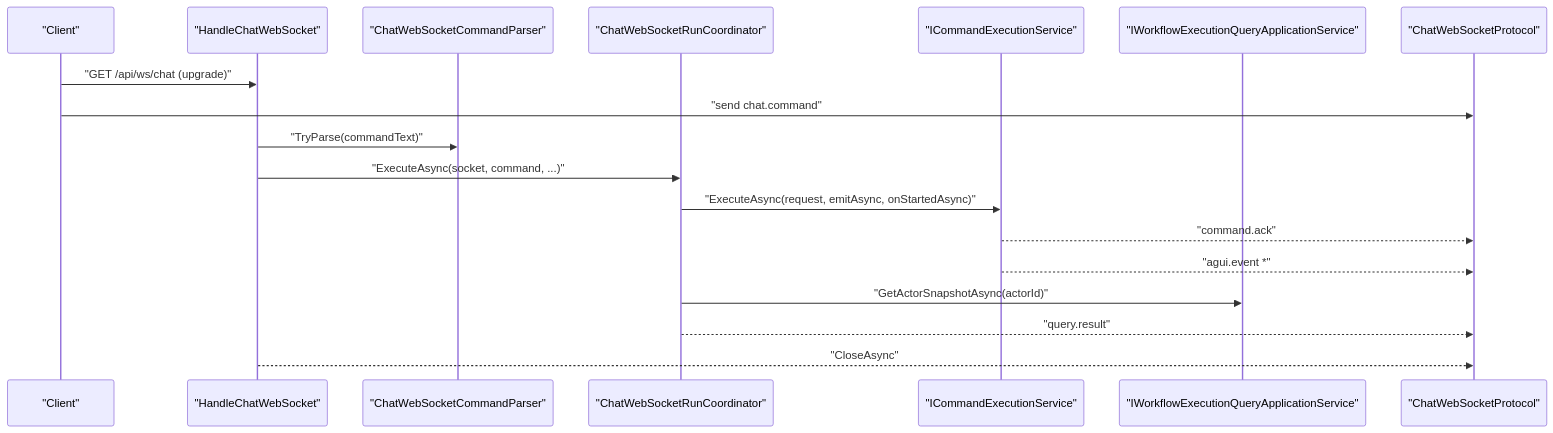
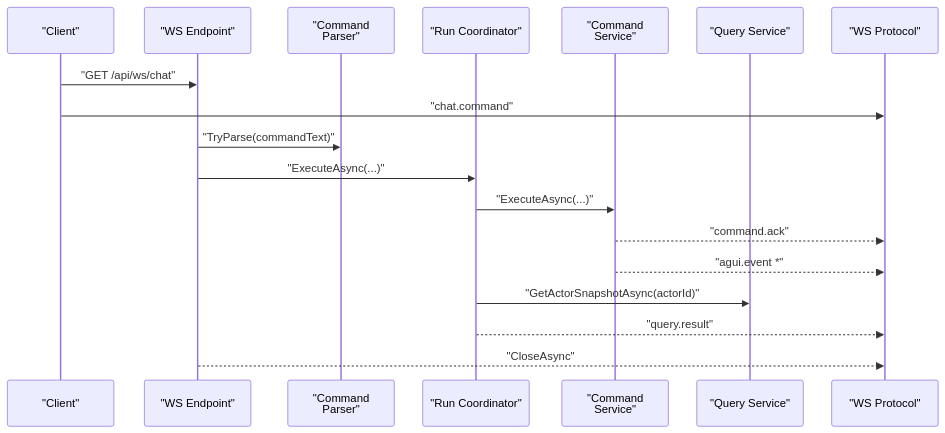
Before and after one commit to aevatarAI/aevatar: the third of 5 diagrams in docs/WORKFLOW_LLM_STREAMING_ARCHITECTURE.md, drawn with Mermaid. The commit also changed other lines of this file and 1 other file, not shown here.

First line of the commit message:
Enhance Mermaid diagram handling and layout in documentation

````diff
--- a/docs/WORKFLOW_LLM_STREAMING_ARCHITECTURE.md
+++ b/docs/WORKFLOW_LLM_STREAMING_ARCHITECTURE.md
@@ -133,22 +153,22 @@
 ```mermaid
-%%{init: {"maxTextSize": 100000, "flowchart": {"useMaxWidth": false, "nodeSpacing": 10, "rankSpacing": 50}, "themeVariables": {"fontSize": "10px"}}}%%
+%%{init: {"maxTextSize": 100000, "flowchart": {"useMaxWidth": false, "nodeSpacing": 10, "rankSpacing": 50}, "themeVariables": {"fontSize": "10px"}, "sequence": {"useMaxWidth": false, "actorFontSize": 10, "messageFontSize": 10, "noteFontSize": 10, "actorMargin": 40, "messageMargin": 12, "diagramMarginX": 16, "diagramMarginY": 16, "wrap": true}}}%%
 sequenceDiagram
     participant CL as "Client"
-    participant API as "HandleChatWebSocket"
-    participant PRS as "ChatWebSocketCommandParser"
-    participant RUN as "ChatWebSocketRunCoordinator"
-    participant CMD as "ICommandExecutionService"
-    participant QRY as "IWorkflowExecutionQueryApplicationService"
-    participant WS as "ChatWebSocketProtocol"
+    participant API as "WS Endpoint"
+    participant PRS as "Command Parser"
+    participant RUN as "Run Coordinator"
+    participant CMD as "Command Service"
+    participant QRY as "Query Service"
+    participant WS as "WS Protocol"
 
-    CL->>API: "GET /api/ws/chat (upgrade)"
-    CL->>WS: "send chat.command"
+    CL->>API: "GET /api/ws/chat"
+    CL->>WS: "chat.command"
     API->>PRS: "TryParse(commandText)"
-    API->>RUN: "ExecuteAsync(socket, command, ...)"
-    RUN->>CMD: "ExecuteAsync(request, emitAsync, onStartedAsync)"
+    API->>RUN: "ExecuteAsync(...)"
+    RUN->>CMD: "ExecuteAsync(...)"
     CMD-->>WS: "command.ack"
     CMD-->>WS: "agui.event *"
     RUN->>QRY: "GetActorSnapshotAsync(actorId)"
     RUN-->>WS: "query.result"
     API-->>WS: "CloseAsync"
 ```
````
